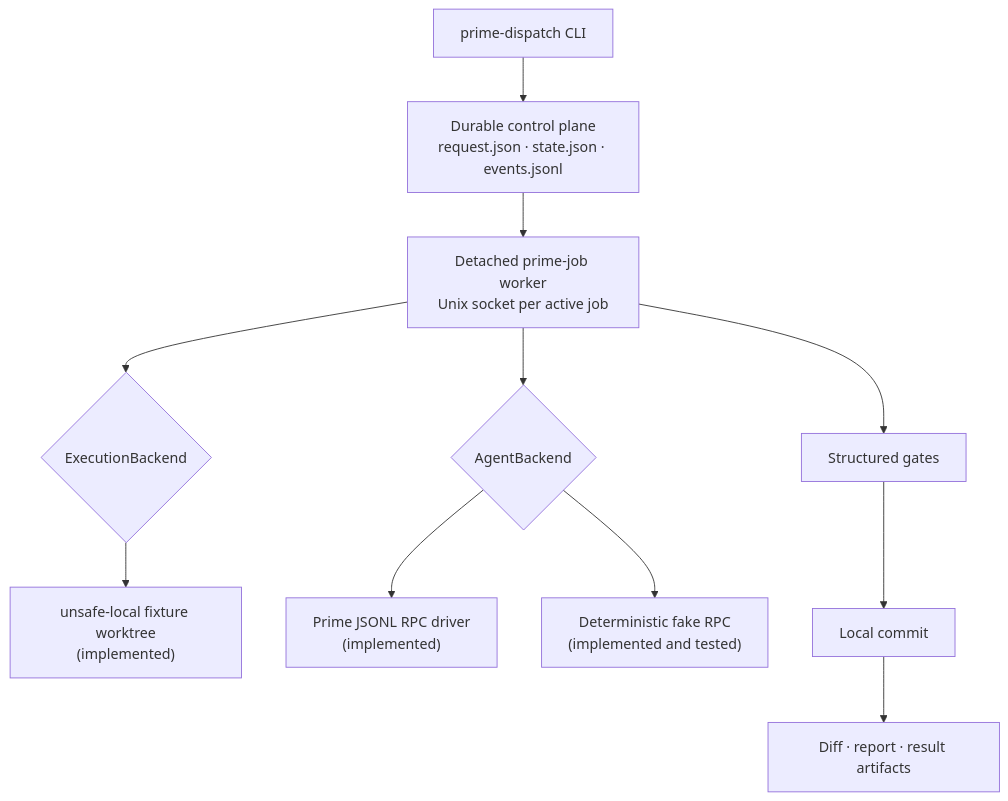
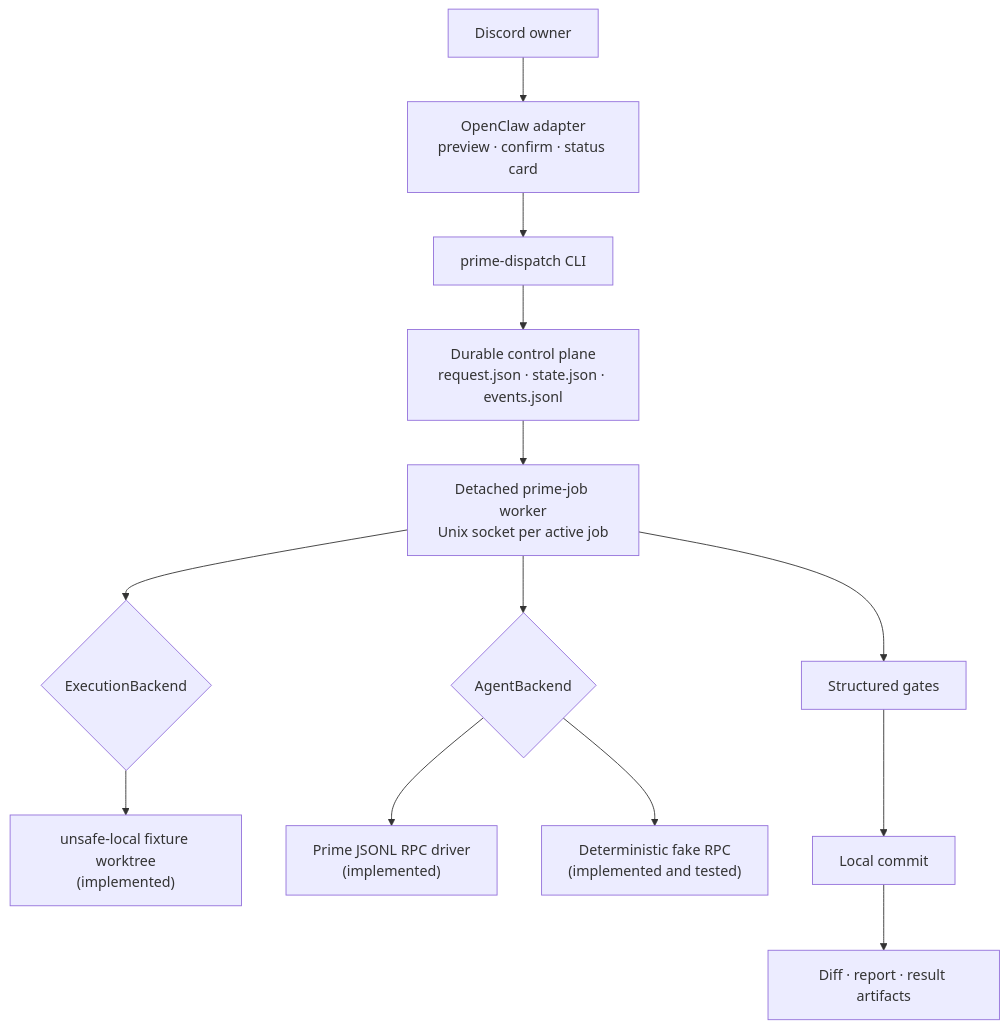
One commit to feniix/prime-agent-dispatch changed the first of 2 diagrams in README.md. Above: the diagram before and after it, drawn with Mermaid. The commit also changed other lines of this file and 3 other files, not shown here.

````diff
--- a/README.md
+++ b/README.md
@@ -32,23 +32,25 @@
 ```mermaid
 flowchart TD
+    Discord["Discord owner"]
+    Adapter["OpenClaw adapter<br/>preview · confirm · status card"]
     CLI["prime-dispatch CLI"]
     ControlPlane["Durable control plane<br/>request.json · state.json · events.jsonl"]
     Worker["Detached prime-job worker<br/>Unix socket per active job"]
     Execution{"ExecutionBackend"}
     UnsafeLocal["unsafe-local fixture worktree<br/>(implemented)"]
     Agent{"AgentBackend"}
     PrimeRpc["Prime JSONL RPC driver<br/>(implemented)"]
     FakeRpc["Deterministic fake RPC<br/>(implemented and tested)"]
     Gates["Structured gates"]
     Commit["Local commit"]
     Artifacts["Diff · report · result artifacts"]
 
-    CLI --> ControlPlane
+    Discord --> Adapter --> CLI --> ControlPlane
     ControlPlane --> Worker
     Worker --> Execution
     Execution --> UnsafeLocal
     Worker --> Agent
     Agent --> PrimeRpc
     Agent --> FakeRpc
     Worker --> Gates --> Commit --> Artifacts
 ```
````
